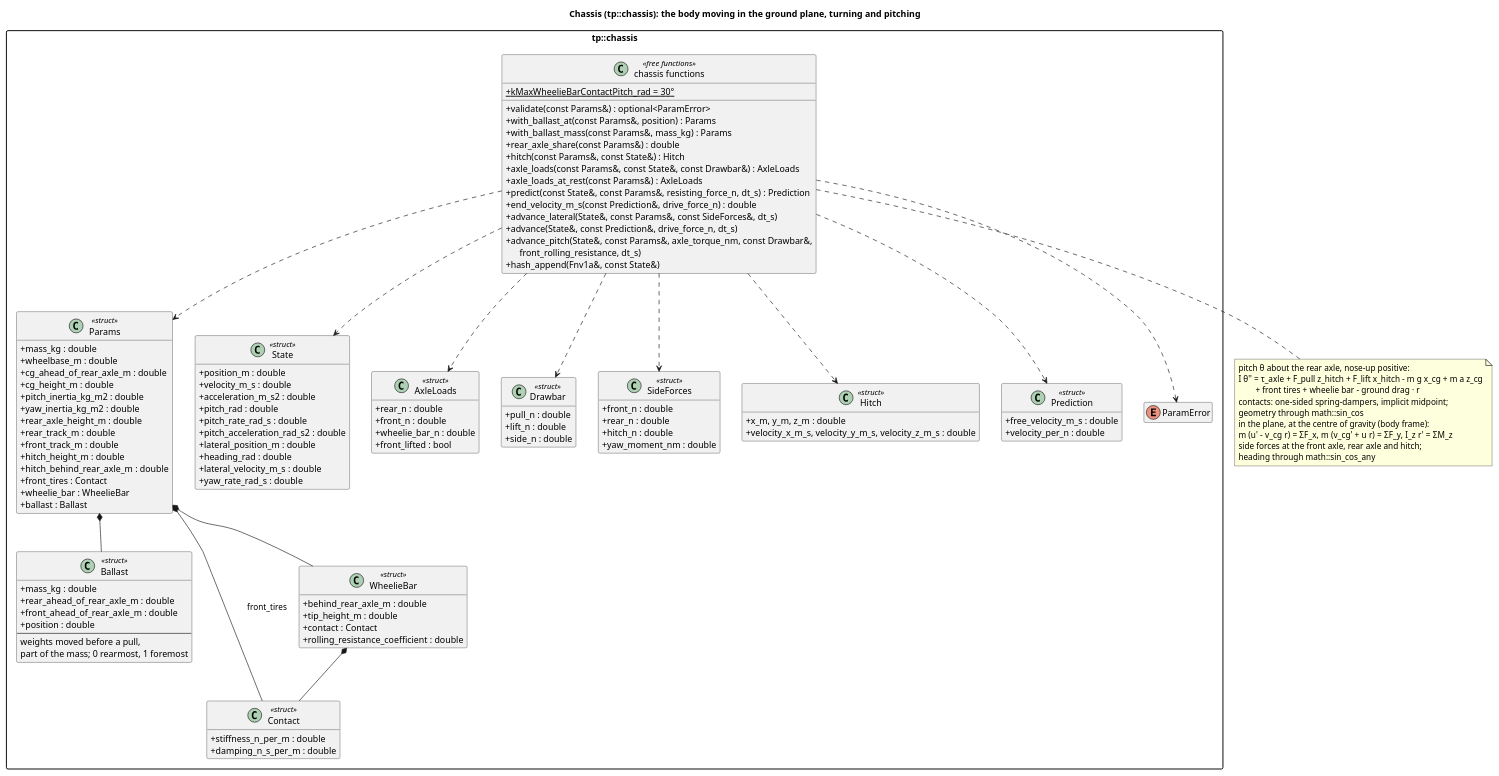
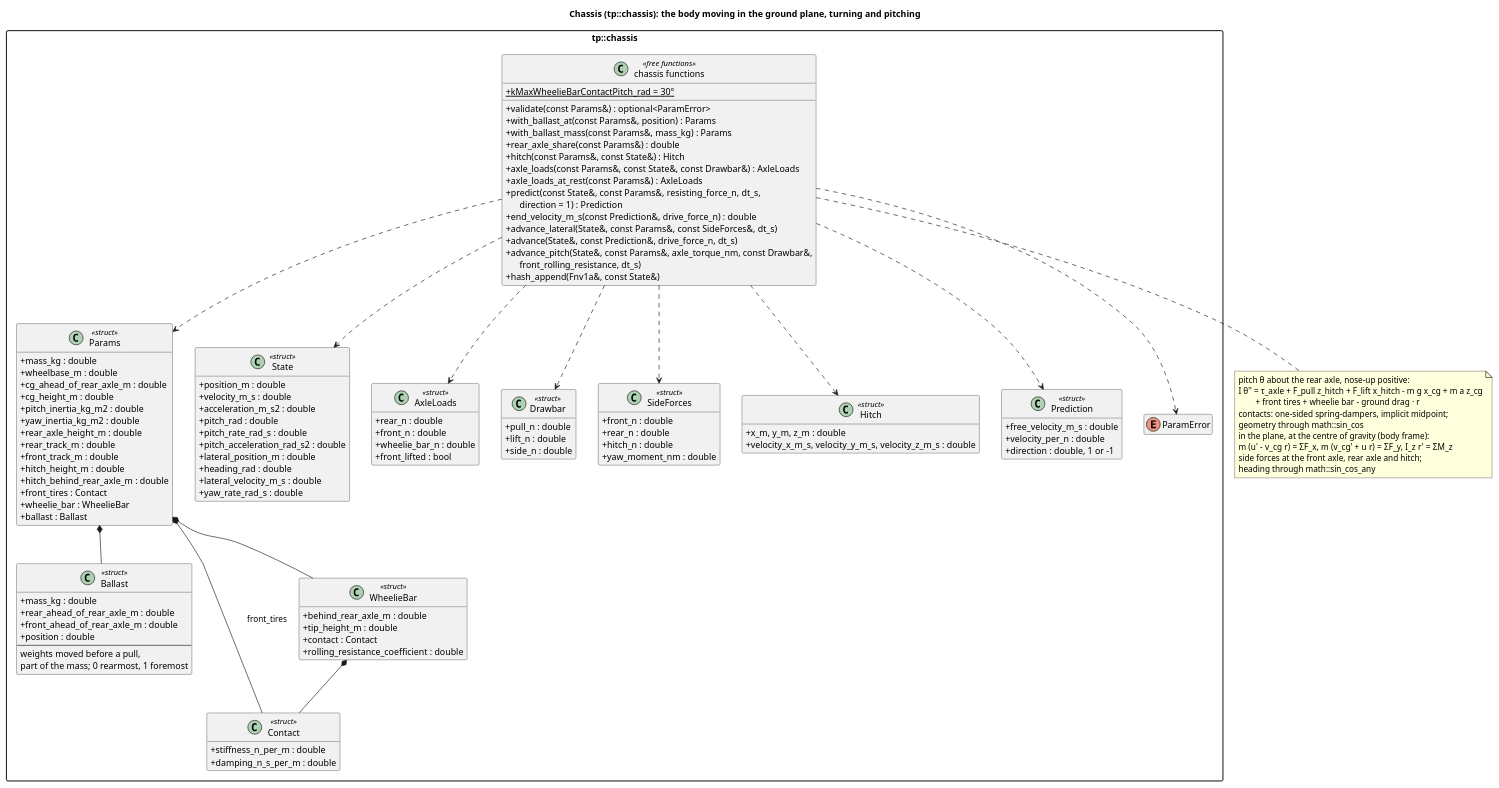
The diagram in docs/diagrams/chassis_classes.puml (wversteeg/TractorPulling), drawn with PlantUML before and after one commit. The commit also changed 37 other files, not shown here.

First line of the commit message:
Turn: the binding, docs and diagrams

```diff
--- a/docs/diagrams/chassis_classes.puml
+++ b/docs/diagrams/chassis_classes.puml
@@ -1,121 +1,122 @@
 @startuml chassis_classes
 title Chassis (tp::chassis): the body moving in the ground plane, turning and pitching
 hide empty members
 skinparam packageStyle rectangle
 skinparam classAttributeIconSize 0
 
 package "tp::chassis" {
   class Params <<struct>> {
     +mass_kg : double
     +wheelbase_m : double
     +cg_ahead_of_rear_axle_m : double
     +cg_height_m : double
     +pitch_inertia_kg_m2 : double
     +yaw_inertia_kg_m2 : double
     +rear_axle_height_m : double
     +rear_track_m : double
     +front_track_m : double
     +hitch_height_m : double
     +hitch_behind_rear_axle_m : double
     +front_tires : Contact
     +wheelie_bar : WheelieBar
     +ballast : Ballast
   }
   class Ballast <<struct>> {
     +mass_kg : double
     +rear_ahead_of_rear_axle_m : double
     +front_ahead_of_rear_axle_m : double
     +position : double
     --
     weights moved before a pull,
     part of the mass; 0 rearmost, 1 foremost
   }
   class Contact <<struct>> {
     +stiffness_n_per_m : double
     +damping_n_s_per_m : double
   }
   class WheelieBar <<struct>> {
     +behind_rear_axle_m : double
     +tip_height_m : double
     +contact : Contact
     +rolling_resistance_coefficient : double
   }
   class State <<struct>> {
     +position_m : double
     +velocity_m_s : double
     +acceleration_m_s2 : double
     +pitch_rad : double
     +pitch_rate_rad_s : double
     +pitch_acceleration_rad_s2 : double
     +lateral_position_m : double
     +heading_rad : double
     +lateral_velocity_m_s : double
     +yaw_rate_rad_s : double
   }
   class AxleLoads <<struct>> {
     +rear_n : double
     +front_n : double
     +wheelie_bar_n : double
     +front_lifted : bool
   }
   class Drawbar <<struct>> {
     +pull_n : double
     +lift_n : double
     +side_n : double
   }
   class SideForces <<struct>> {
     +front_n : double
     +rear_n : double
     +hitch_n : double
     +yaw_moment_nm : double
   }
   class Hitch <<struct>> {
     +x_m, y_m, z_m : double
     +velocity_x_m_s, velocity_y_m_s, velocity_z_m_s : double
   }
   class Prediction <<struct>> {
     +free_velocity_m_s : double
     +velocity_per_n : double
+    +direction : double, 1 or -1
   }
   enum ParamError
   class "chassis functions" as ChassisFns <<free functions>> {
     +{static} kMaxWheelieBarContactPitch_rad = 30°
     +validate(const Params&) : optional<ParamError>
     +with_ballast_at(const Params&, position) : Params
     +with_ballast_mass(const Params&, mass_kg) : Params
     +rear_axle_share(const Params&) : double
     +hitch(const Params&, const State&) : Hitch
     +axle_loads(const Params&, const State&, const Drawbar&) : AxleLoads
     +axle_loads_at_rest(const Params&) : AxleLoads
-    +predict(const State&, const Params&, resisting_force_n, dt_s) : Prediction
+    +predict(const State&, const Params&, resisting_force_n, dt_s,\n      direction = 1) : Prediction
     +end_velocity_m_s(const Prediction&, drive_force_n) : double
     +advance_lateral(State&, const Params&, const SideForces&, dt_s)
     +advance(State&, const Prediction&, drive_force_n, dt_s)
     +advance_pitch(State&, const Params&, axle_torque_nm, const Drawbar&,\n      front_rolling_resistance, dt_s)
     +hash_append(Fnv1a&, const State&)
   }
   Params *-- Contact : front_tires
   Params *-- WheelieBar
   Params *-- Ballast
   WheelieBar *-- Contact
   ChassisFns ..> Params
   ChassisFns ..> State
   ChassisFns ..> AxleLoads
   ChassisFns ..> Prediction
   ChassisFns ..> Drawbar
   ChassisFns ..> Hitch
   ChassisFns ..> SideForces
   ChassisFns ..> ParamError
 }
 note bottom of ChassisFns
   pitch θ about the rear axle, nose-up positive:
   I θ'' = τ_axle + F_pull z_hitch + F_lift x_hitch - m g x_cg + m a z_cg
           + front tires + wheelie bar - ground drag · r
   contacts: one-sided spring-dampers, implicit midpoint;
   geometry through math::sin_cos
   in the plane, at the centre of gravity (body frame):
   m (u' - v_cg r) = ΣF_x,  m (v_cg' + u r) = ΣF_y,  I_z r' = ΣM_z
   side forces at the front axle, rear axle and hitch;
   heading through math::sin_cos_any
 end note
 @enduml
```
